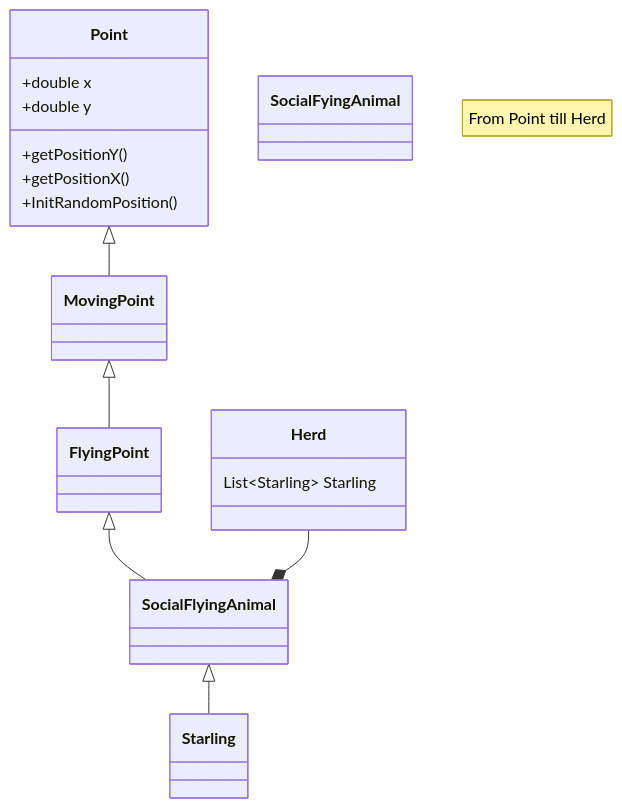
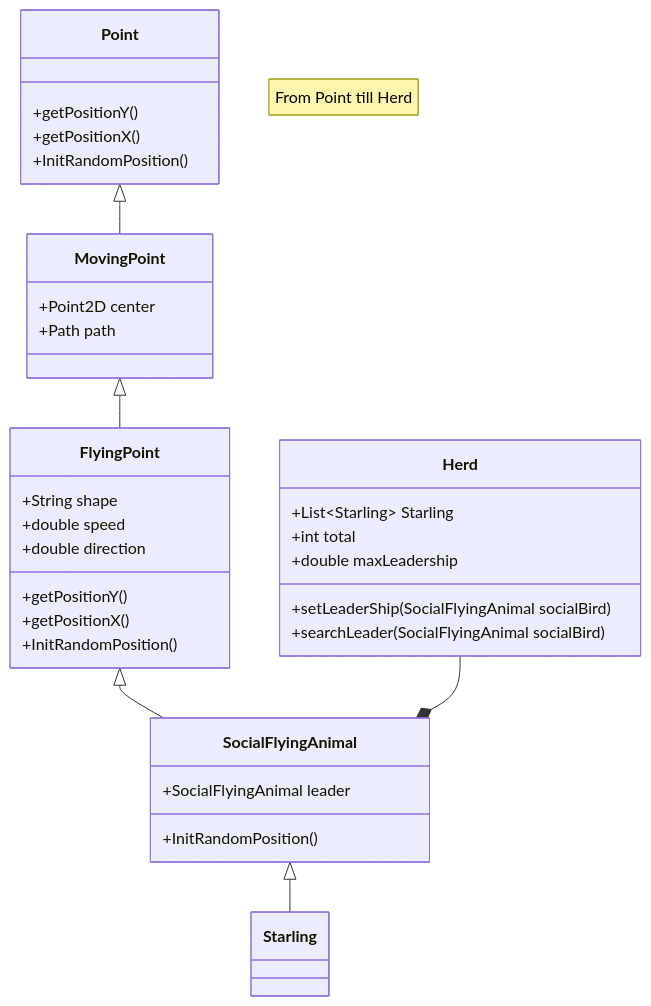
The diagram in README.md (subtitular/flight_of_the_starling), drawn with Mermaid before and after one commit.

Commit message:
Actualización de diagrama de clases

````diff
--- a/README.md
+++ b/README.md
@@ -9,33 +9,42 @@
 ```mermaid
 classDiagram
     note "From Point till Herd"
     Point <|-- MovingPoint
     MovingPoint <|-- FlyingPoint
     FlyingPoint <|-- SocialFlyingAnimal
     SocialFlyingAnimal <|-- Starling
     Herd--*SocialFlyingAnimal
     class Point{
-        +double x
-        +double y
         +getPositionY()
         +getPositionX()
         +InitRandomPosition()
     }
     class MovingPoint{
-        
+        +Point2D center
+        +Path path
     }
     class FlyingPoint{
-
+        +String shape
+        +double speed
+        +double direction
+        +getPositionY()
+        +getPositionX()
+        +InitRandomPosition()
     }
-    class SocialFyingAnimal {
-
+    class SocialFlyingAnimal{
+        +SocialFlyingAnimal leader
+        +InitRandomPosition()
     }
     class Starling {
 
     }
     class Herd{
-        List~Starling~  Starling
+        +List~Starling~  Starling
+        +int total
+        +double maxLeadership
+        +setLeaderShip(SocialFlyingAnimal socialBird)
+        +searchLeader(SocialFlyingAnimal socialBird)
     }
 
 
 ```
````
